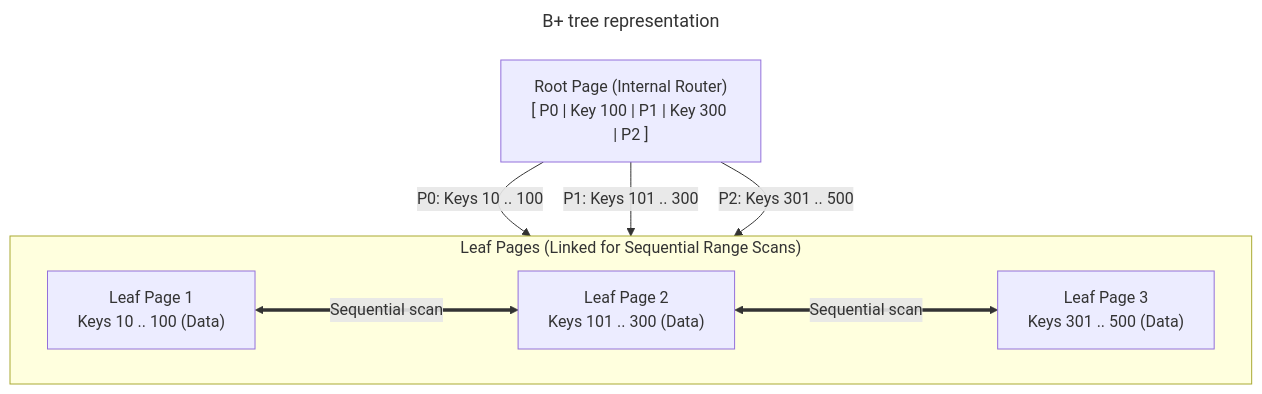
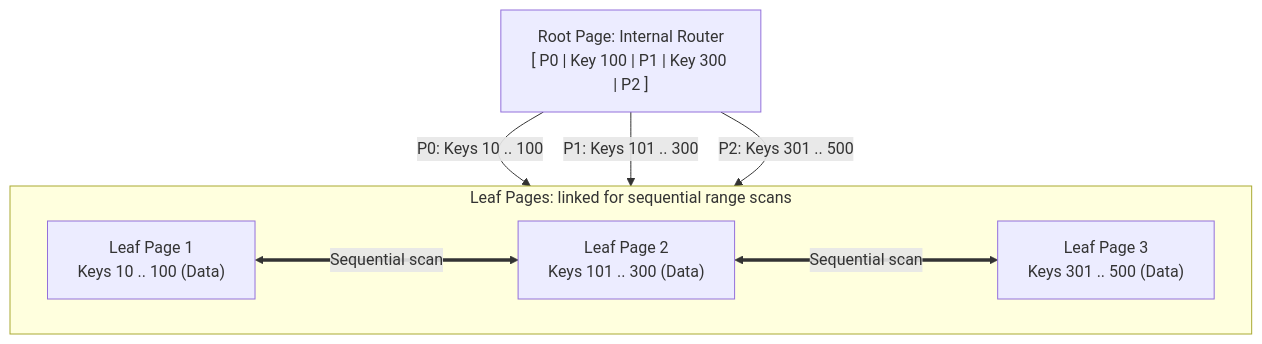
Before and after one commit to VineethChivukula/dedocs: the second of 4 diagrams in content/sql/indexing-internals.md, drawn with Mermaid. The commit also changed other lines of this file and 26 other files, not shown here.

````diff
--- a/content/sql/indexing-internals.md
+++ b/content/sql/indexing-internals.md
@@ -66,21 +66,18 @@
 ```mermaid
----
-title: B+ tree representation
----
 flowchart TD
-    Root["Root Page (Internal Router)<br/>[ P0 | Key 100 | P1 | Key 300 | P2 ]"]
+    Root["Root Page: Internal Router<br/>[ P0 | Key 100 | P1 | Key 300 | P2 ]"]
 
-    subgraph LeafLevel ["Leaf Pages (Linked for Sequential Range Scans)"]
+    subgraph LeafLevel ["Leaf Pages: linked for sequential range scans"]
         direction LR
         Leaf1["Leaf Page 1<br/>Keys 10 .. 100 (Data)"]
         Leaf2["Leaf Page 2<br/>Keys 101 .. 300 (Data)"]
         Leaf3["Leaf Page 3<br/>Keys 301 .. 500 (Data)"]
 
         Leaf1 <===>|"Sequential scan"| Leaf2
         Leaf2 <===>|"Sequential scan"| Leaf3
     end
 
     Root -->|"P0: Keys 10 .. 100"| Leaf1
     Root -->|"P1: Keys 101 .. 300"| Leaf2
     Root -->|"P2: Keys 301 .. 500"| Leaf3
 ```
````
